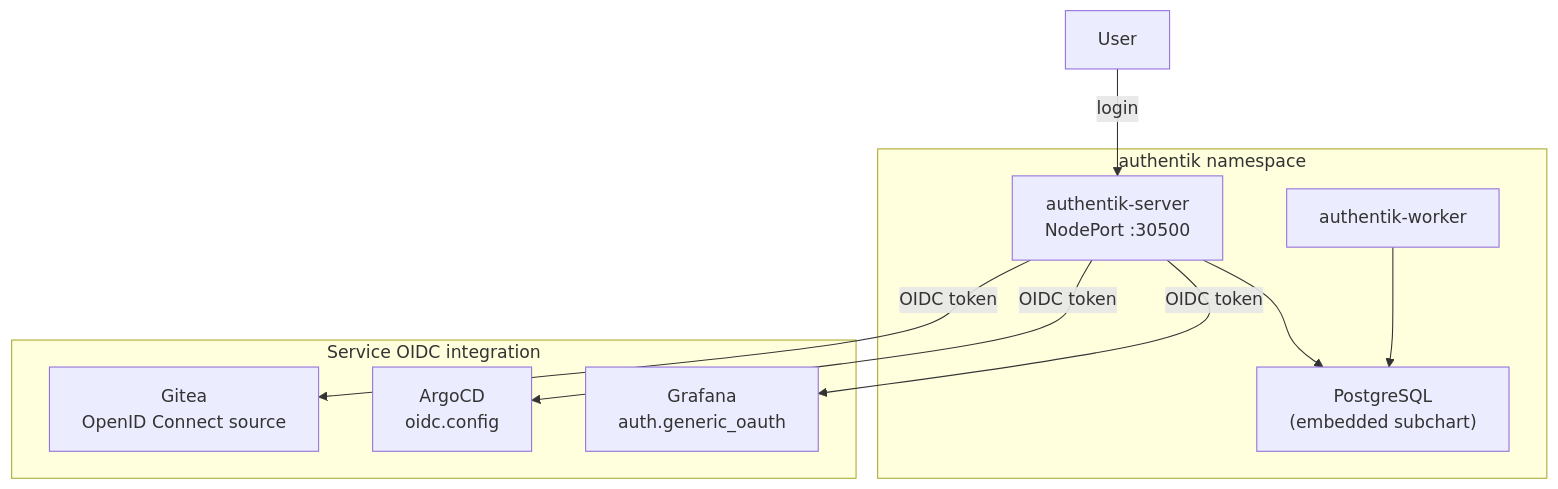
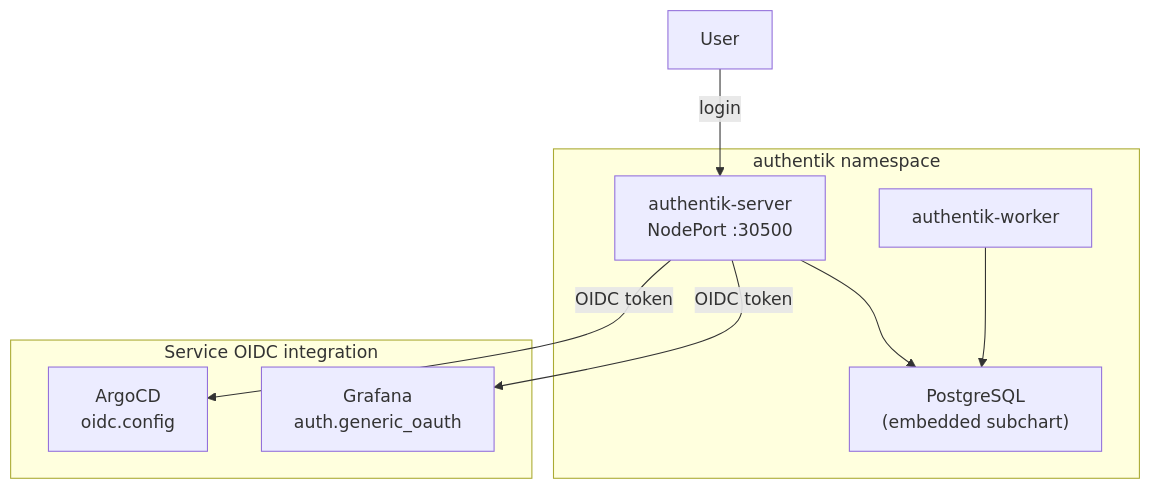
The diagram in k8s/apps/authentik/README.md (haingth77/homelab), drawn with Mermaid before and after one commit. The commit also changed other lines of this file and 38 other files, not shown here.

````diff
--- a/k8s/apps/authentik/README.md
+++ b/k8s/apps/authentik/README.md
@@ -14,21 +14,19 @@
 ```mermaid
 flowchart TD
     subgraph authentik["authentik namespace"]
         Server["authentik-server\nNodePort :30500"]
         Worker["authentik-worker"]
         PG["PostgreSQL\n(embedded subchart)"]
         Server --> PG
         Worker --> PG
     end
 
     subgraph services["Service OIDC integration"]
         Grafana["Grafana\nauth.generic_oauth"]
         ArgoCD["ArgoCD\noidc.config"]
-        Gitea["Gitea\nOpenID Connect source"]
     end
 
     User["User"] -- "login" --> Server
     Server -- "OIDC token" --> Grafana
     Server -- "OIDC token" --> ArgoCD
-    Server -- "OIDC token" --> Gitea
 ```
````
